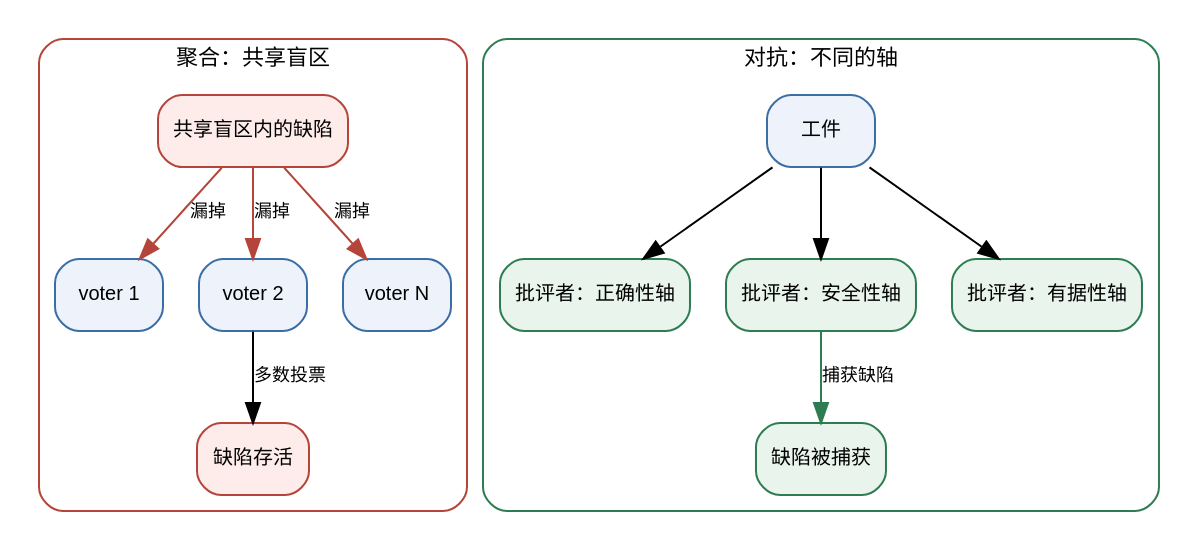
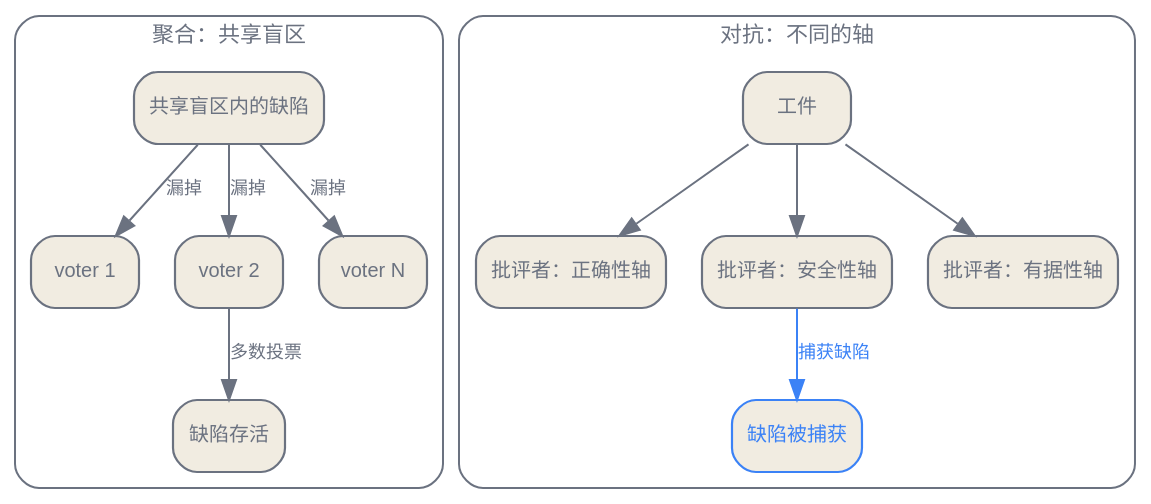
Before and after one commit to latere-ai/ai-as-an-infrastructure: the second of 2 diagrams in zh/p6-evaluation/29-evaluating-agents.qmd, drawn with Graphviz. The commit also changed 186 other files, not shown here.

First line of the commit message:
book: visual audit pass on all diagrams and figures

````diff
--- a/zh/p6-evaluation/29-evaluating-agents.qmd
+++ b/zh/p6-evaluation/29-evaluating-agents.qmd
@@ -90,40 +90,41 @@
 ```{dot}
 //| label: fig-evaluating-agents-asymmetry
 //| fig-cap: "为何增加智能体对对抗式验证有帮助、对聚合却没有。取自同一个基础模型的 voter 共享一个盲区，于是落在其中的缺陷会通过每一票。覆盖不同轴的异构批评者各自覆盖一个不同的失败面，于是一位有能力的批评者捕获其余人漏掉的缺陷。"
 digraph asymmetry {
   rankdir=TB;
-  node [shape=box, fontname="Helvetica", fontsize=10, style="rounded,filled"];
-  edge [fontname="Helvetica", fontsize=9];
+  bgcolor="transparent";
+  node [shape=box, fontname="Helvetica", fontsize=10, style="rounded,filled", fillcolor="#f1ece1", color="#6b7280", fontcolor="#6b7280", penwidth=1.1];
+  edge [fontname="Helvetica", fontsize=9, color="#6b7280", fontcolor="#6b7280"];
   compound=true;
 
   subgraph cluster_agg {
     label="聚合：共享盲区";
-    fontname="Helvetica"; fontsize=11; color="#b5453b"; style="rounded";
-    flaw1 [label="共享盲区内的缺陷", fillcolor="#fdecea", color="#b5453b"];
-    v1 [label="voter 1", fillcolor="#eef3fb", color="#3b6ea5"];
-    v2 [label="voter 2", fillcolor="#eef3fb", color="#3b6ea5"];
-    v3 [label="voter N", fillcolor="#eef3fb", color="#3b6ea5"];
-    flaw1 -> v1 [label="漏掉", color="#b5453b"];
-    flaw1 -> v2 [label="漏掉", color="#b5453b"];
-    flaw1 -> v3 [label="漏掉", color="#b5453b"];
+    fontname="Helvetica"; fontsize=11; fontcolor="#6b7280"; color="#6b7280"; style="rounded";
+    flaw1 [label="共享盲区内的缺陷"];
+    v1 [label="voter 1"];
+    v2 [label="voter 2"];
+    v3 [label="voter N"];
+    flaw1 -> v1 [label="漏掉"];
+    flaw1 -> v2 [label="漏掉"];
+    flaw1 -> v3 [label="漏掉"];
     v1 -> agg [style=invis];
     v2 -> agg [label="多数投票"];
     v3 -> agg [style=invis];
-    agg [label="缺陷存活", fillcolor="#fdecea", color="#b5453b"];
+    agg [label="缺陷存活"];
   }
 
   subgraph cluster_adv {
     label="对抗：不同的轴";
-    fontname="Helvetica"; fontsize=11; color="#2e7d52"; style="rounded";
-    art [label="工件", fillcolor="#eef3fb", color="#3b6ea5"];
-    c1 [label="批评者：正确性轴", fillcolor="#e8f4ec", color="#2e7d52"];
-    c2 [label="批评者：安全性轴", fillcolor="#e8f4ec", color="#2e7d52"];
-    c3 [label="批评者：有据性轴", fillcolor="#e8f4ec", color="#2e7d52"];
+    fontname="Helvetica"; fontsize=11; fontcolor="#6b7280"; color="#6b7280"; style="rounded";
+    art [label="工件"];
+    c1 [label="批评者：正确性轴"];
+    c2 [label="批评者：安全性轴"];
+    c3 [label="批评者：有据性轴"];
     art -> c1; art -> c2; art -> c3;
-    c2 -> caught [label="捕获缺陷", color="#2e7d52"];
+    c2 -> caught [label="捕获缺陷", color="#3b82f6", fontcolor="#3b82f6"];
     c1 -> caught [style=invis];
     c3 -> caught [style=invis];
-    caught [label="缺陷被捕获", fillcolor="#e8f4ec", color="#2e7d52"];
+    caught [label="缺陷被捕获", color="#3b82f6", fontcolor="#3b82f6"];
   }
 }
 ```
````
